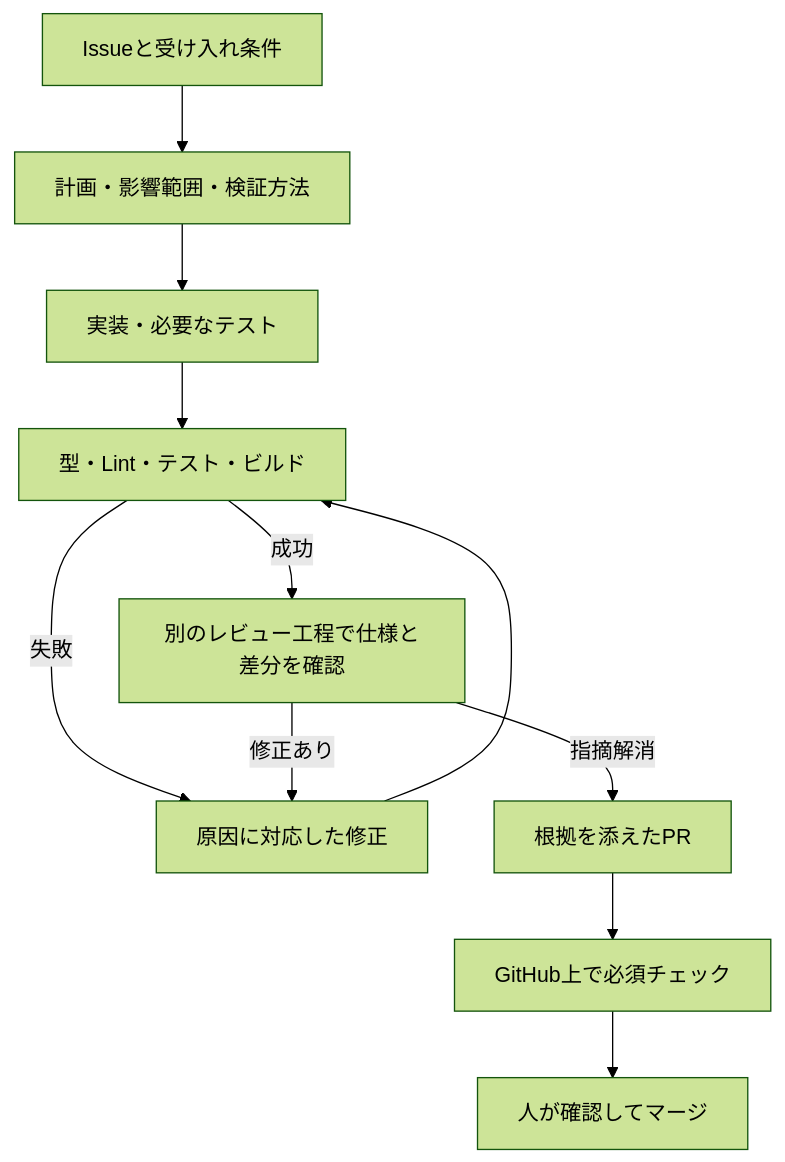
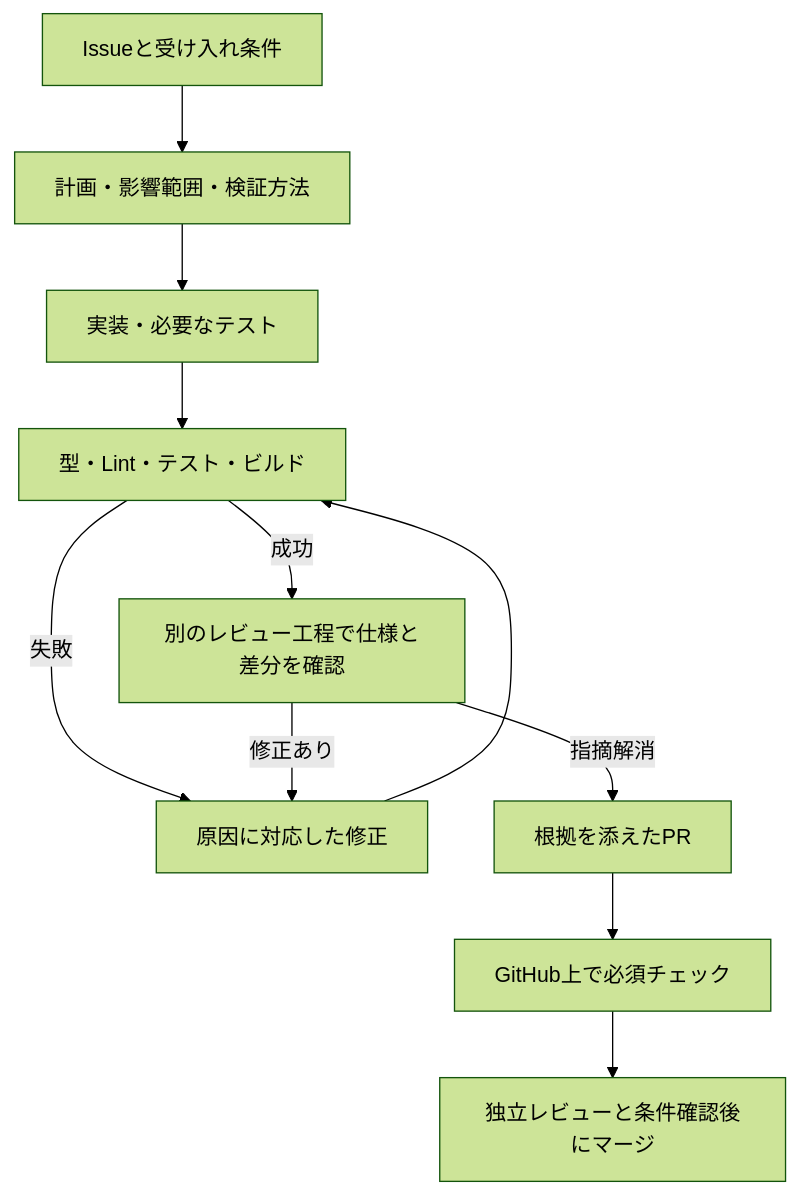
The diagram in docs/development-process.md (takechiyo-19940627/mediquest), drawn with Mermaid (forest theme) before and after one commit. The commit also changed other lines of this file and 11 other files, not shown here.

````diff
--- a/docs/development-process.md
+++ b/docs/development-process.md
@@ -49,13 +49,13 @@
 ```mermaid
 flowchart TD
     issue[Issueと受け入れ条件] --> plan[計画・影響範囲・検証方法]
     plan --> implement[実装・必要なテスト]
     implement --> check[型・Lint・テスト・ビルド]
     check -->|失敗| fix[原因に対応した修正]
     fix --> check
     check -->|成功| review[別のレビュー工程で仕様と差分を確認]
     review -->|修正あり| fix
     review -->|指摘解消| pr[根拠を添えたPR]
     pr --> ci[GitHub上で必須チェック]
-    ci --> human[人が確認してマージ]
+    ci --> human[独立レビューと条件確認後にマージ]
 ```
````
